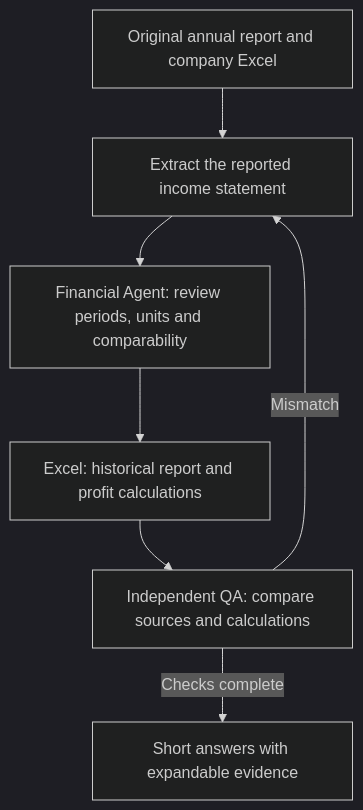
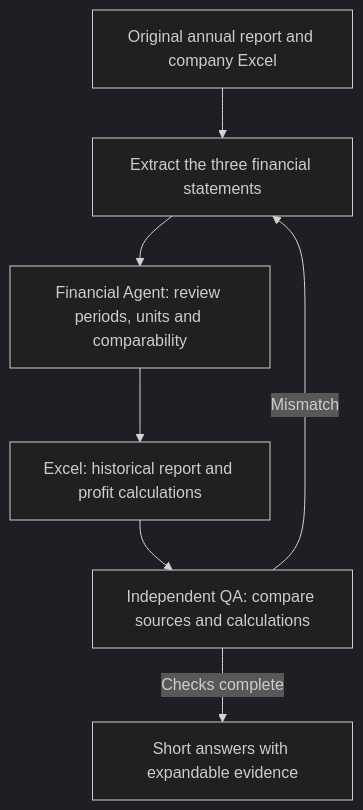
The diagram in investment/01_financial_statements.md (HoiChen-bayes/Portfolio-Guide), drawn with Mermaid (dark theme) before and after one commit. The commit also changed other lines of this file and 37 other files, not shown here.

Commit message:
Expand P&G historical analysis with three-statement checks, revenue drivers and margin evidence

````diff
--- a/investment/01_financial_statements.md
+++ b/investment/01_financial_statements.md
@@ -22,9 +27,9 @@
 ```mermaid
 flowchart TB
-    A[Original annual report and company Excel] --> B[Extract the reported income statement]
+    A[Original annual report and company Excel] --> B[Extract the three financial statements]
     B --> C[Financial Agent: review periods, units and comparability]
     C --> D[Excel: historical report and profit calculations]
     D --> E[Independent QA: compare sources and calculations]
     E -->|Mismatch| B
     E -->|Checks complete| F[Short answers with expandable evidence]
 ```
````
